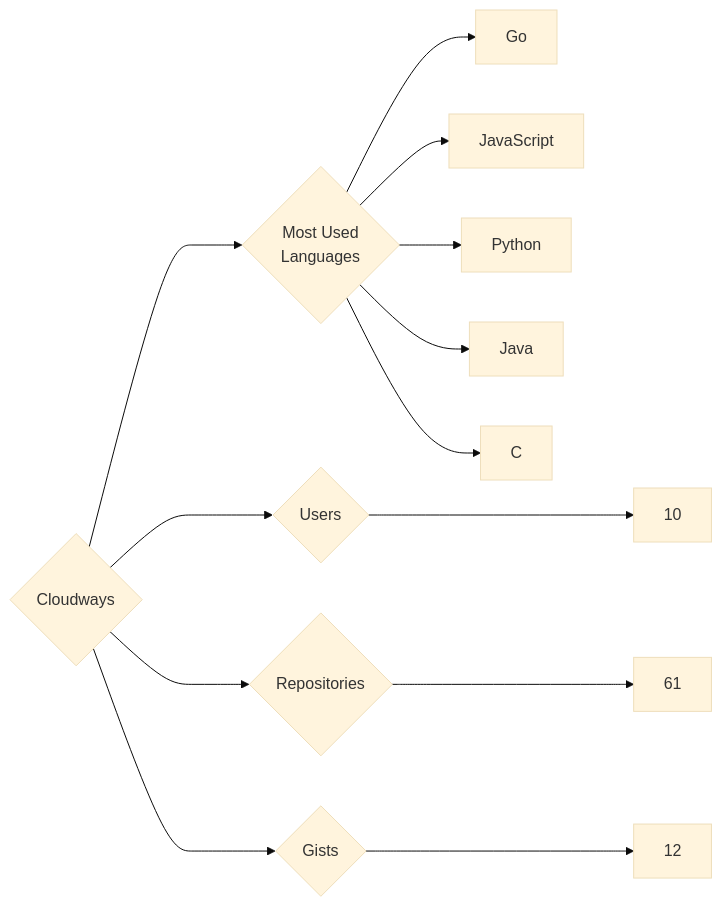
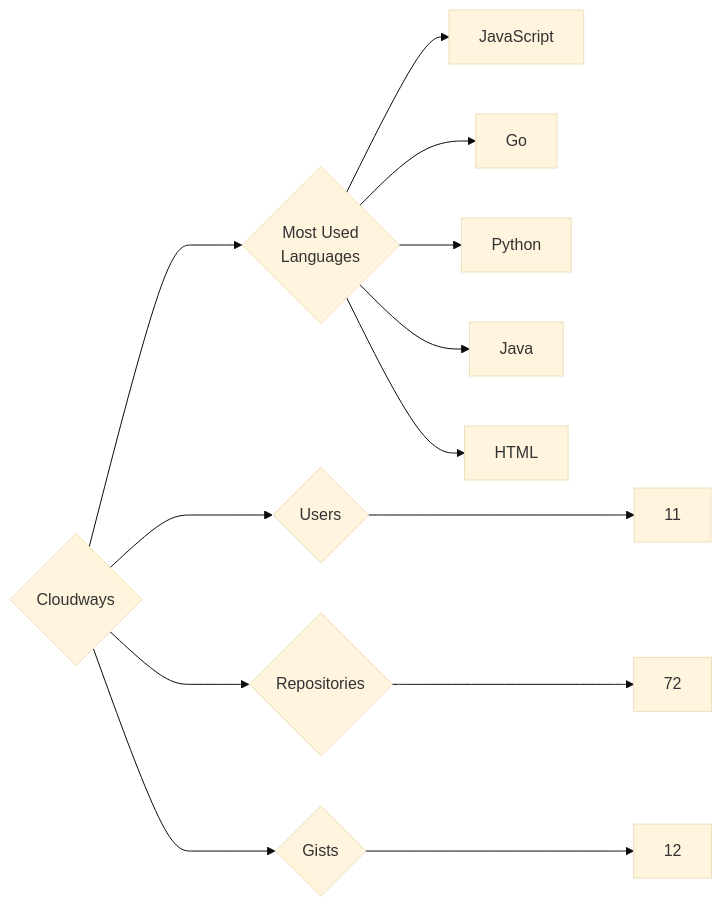
One commit to trickest/insiders changed the diagram in targets/Cloudways/README.md. Above: the diagram before and after it, drawn with Mermaid (base theme). The commit also changed 1166 other files, not shown here.

````diff
--- a/targets/Cloudways/README.md
+++ b/targets/Cloudways/README.md
@@ -3,13 +3,13 @@
 ```mermaid
 graph LR
 COMPANY_NAME{Cloudways}
-COMPANY_NAME ---> U{Users} ---> UN[10]
-COMPANY_NAME ---> R{Repositories} ---> RN[61]
+COMPANY_NAME ---> U{Users} ---> UN[11]
+COMPANY_NAME ---> R{Repositories} ---> RN[72]
 COMPANY_NAME ---> G{Gists} ---> GN[12]
 COMPANY_NAME ---> ML{Most Used<br>Languages}
+ML --> JavaScript[JavaScript]
 ML --> Go[Go]
-ML --> JavaScript[JavaScript]
 ML --> Python[Python]
 ML --> Java[Java]
-ML --> C[C]
+ML --> HTML[HTML]
 ```
````
